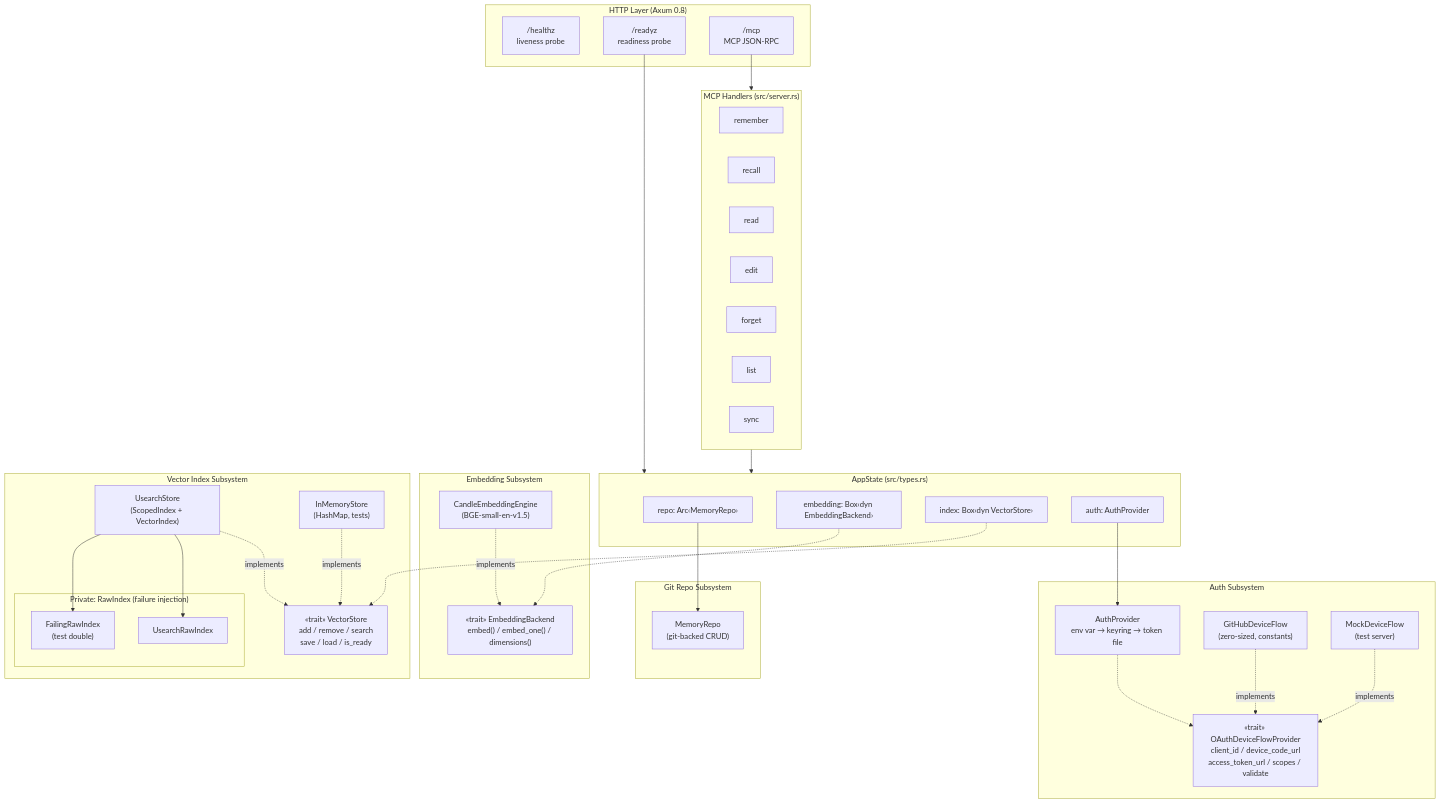
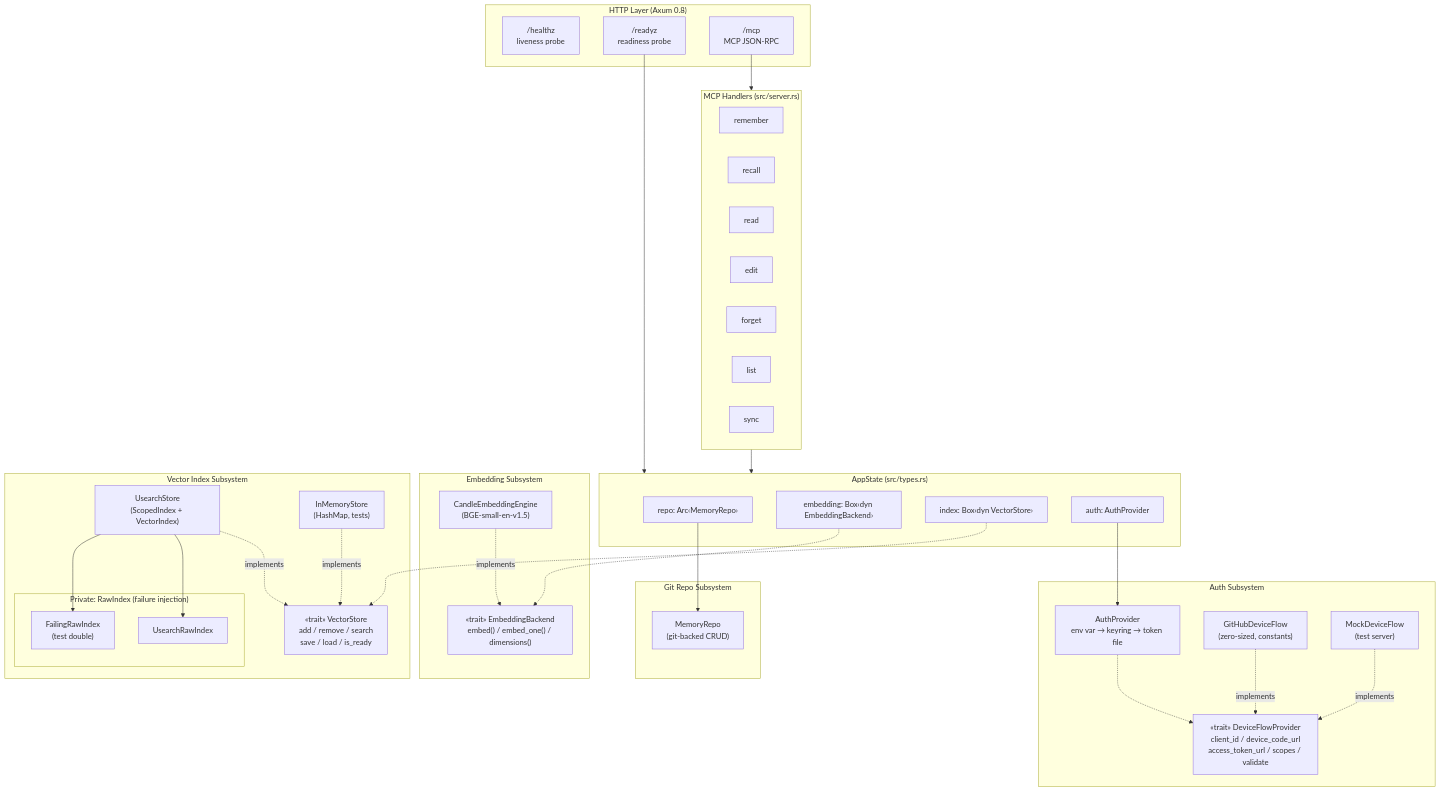
Before and after one commit to butterflyskies/memory-mcp: the second of 6 diagrams in docs/design/phase2-quality/architecture.md, drawn with Mermaid. The commit also changed other lines of this file and 2 other files, not shown here.

First line of the commit message:
docs: rename to auth::oauth::DeviceFlowProvider, module-namespaced

````diff
--- a/docs/design/phase2-quality/architecture.md
+++ b/docs/design/phase2-quality/architecture.md
@@ -102,70 +104,70 @@
 ```mermaid
 graph TB
     subgraph HTTP["HTTP Layer (Axum 0.8)"]
         healthz["/healthz<br/>liveness probe"]
         readyz["/readyz<br/>readiness probe"]
         mcppath["/mcp<br/>MCP JSON-RPC"]
     end
 
     subgraph Handlers["MCP Handlers (src/server.rs)"]
         remember["remember"]
         recall["recall"]
         read_h["read"]
         edit_h["edit"]
         forget_h["forget"]
         list_h["list"]
         sync_h["sync"]
     end
 
     subgraph State["AppState (src/types.rs)"]
         repo["repo: Arc‹MemoryRepo›"]
         embedding_field["embedding: Box‹dyn EmbeddingBackend›"]
         index_field["index: Box‹dyn VectorStore›"]
         auth_field["auth: AuthProvider"]
     end
 
     subgraph EmbeddingSub["Embedding Subsystem"]
         EB["«trait» EmbeddingBackend<br/>embed() / embed_one() / dimensions()"]
         Candle["CandleEmbeddingEngine<br/>(BGE-small-en-v1.5)"]
     end
 
     subgraph VectorSub["Vector Index Subsystem"]
         VS["«trait» VectorStore<br/>add / remove / search<br/>save / load / is_ready"]
         UStore["UsearchStore<br/>(ScopedIndex + VectorIndex)"]
         IMStore["InMemoryStore<br/>(HashMap, tests)"]
         subgraph RawIdx["Private: RawIndex (failure injection)"]
             URaw["UsearchRawIndex"]
             FRaw["FailingRawIndex<br/>(test double)"]
         end
     end
 
     subgraph AuthSub["Auth Subsystem"]
         AP["AuthProvider<br/>env var → keyring → token file"]
-        DFP["«trait» OAuthDeviceFlowProvider<br/>client_id / device_code_url<br/>access_token_url / scopes / validate"]
+        DFP["«trait» DeviceFlowProvider<br/>client_id / device_code_url<br/>access_token_url / scopes / validate"]
         GDF["GitHubDeviceFlow<br/>(zero-sized, constants)"]
         MDF["MockDeviceFlow<br/>(test server)"]
     end
 
     subgraph RepoSub["Git Repo Subsystem"]
         MR["MemoryRepo<br/>(git-backed CRUD)"]
     end
 
     mcppath --> Handlers
     Handlers --> State
     readyz --> State
 
     embedding_field -.-> EB
     Candle -.->|implements| EB
 
     index_field -.-> VS
     UStore -.->|implements| VS
     IMStore -.->|implements| VS
     UStore --> URaw
     UStore --> FRaw
 
     repo --> MR
     auth_field --> AP
     AP -.-> DFP
     GDF -.->|implements| DFP
     MDF -.->|implements| DFP
 ```
````
